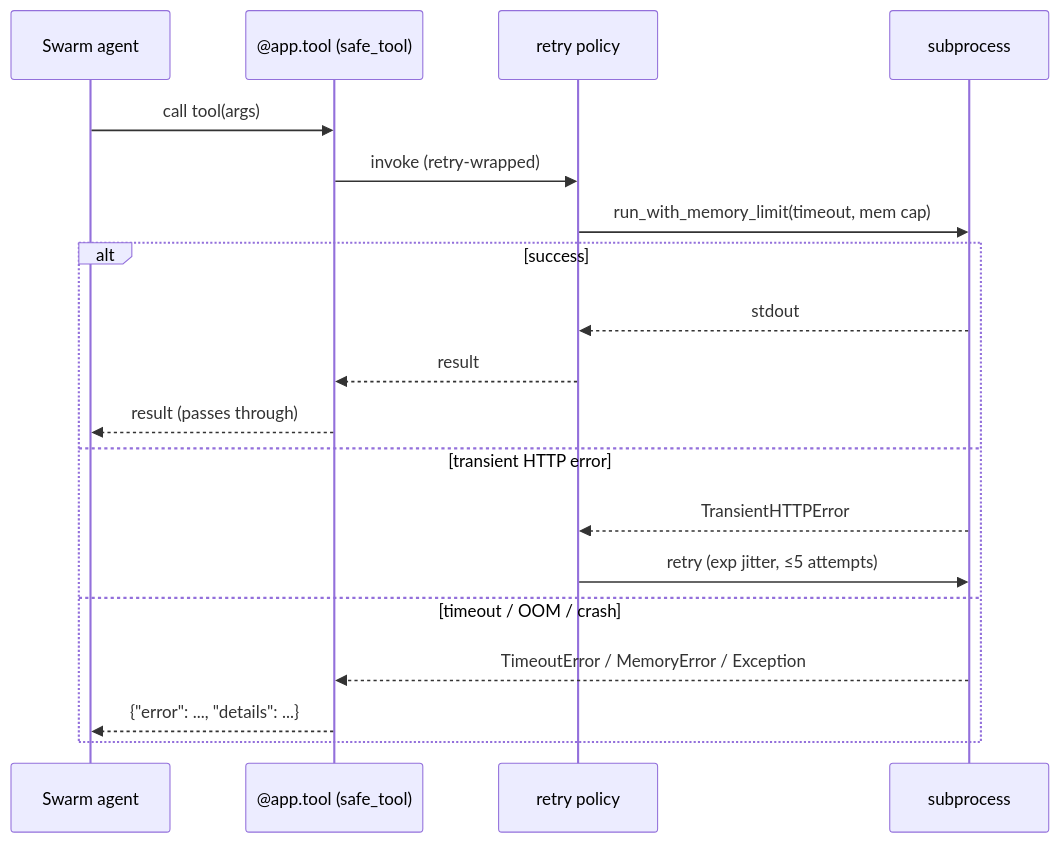
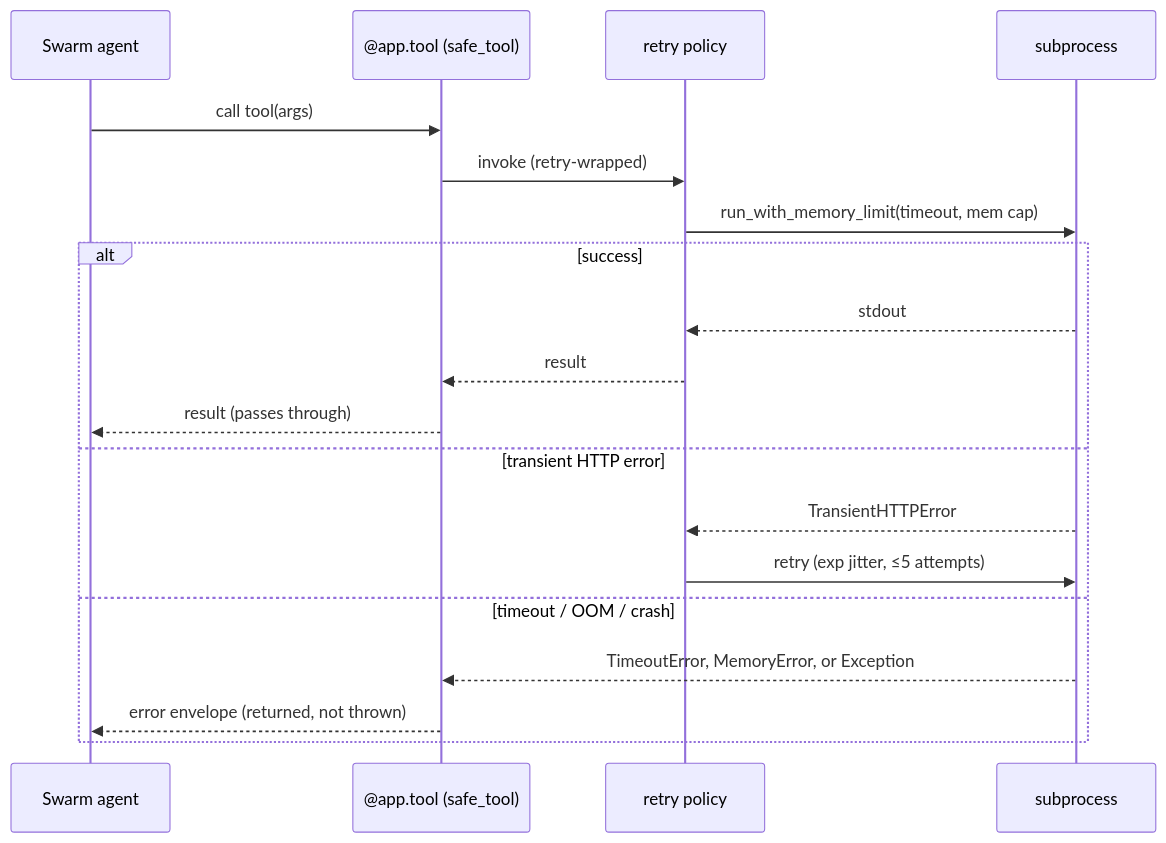
The diagram in docs/07-sdlc-ops/recovery-resilience.md (galvangabriel-web/agentropix-mcp), drawn with Mermaid before and after one commit. The commit also changed other lines of this file and 45 other files, not shown here.

````diff
--- a/docs/07-sdlc-ops/recovery-resilience.md
+++ b/docs/07-sdlc-ops/recovery-resilience.md
@@ -24,21 +42,21 @@
 ```mermaid
 sequenceDiagram
     participant A as Swarm agent
     participant T as @app.tool (safe_tool)
     participant R as retry policy
     participant P as subprocess
     A->>T: call tool(args)
     T->>R: invoke (retry-wrapped)
     R->>P: run_with_memory_limit(timeout, mem cap)
     alt success
         P-->>R: stdout
         R-->>T: result
         T-->>A: result (passes through)
     else transient HTTP error
         P-->>R: TransientHTTPError
         R->>P: retry (exp jitter, ≤5 attempts)
     else timeout / OOM / crash
-        P-->>T: TimeoutError / MemoryError / Exception
-        T-->>A: {"error": ..., "details": ...}
+        P-->>T: TimeoutError, MemoryError, or Exception
+        T-->>A: error envelope (returned, not thrown)
     end
 ```
````
